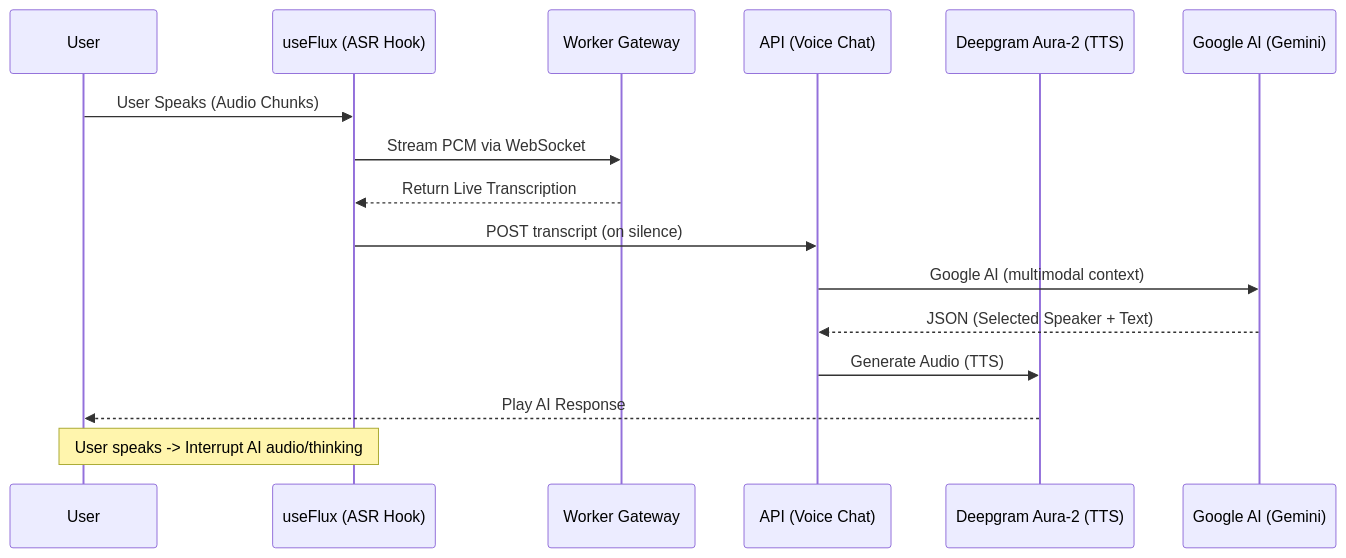
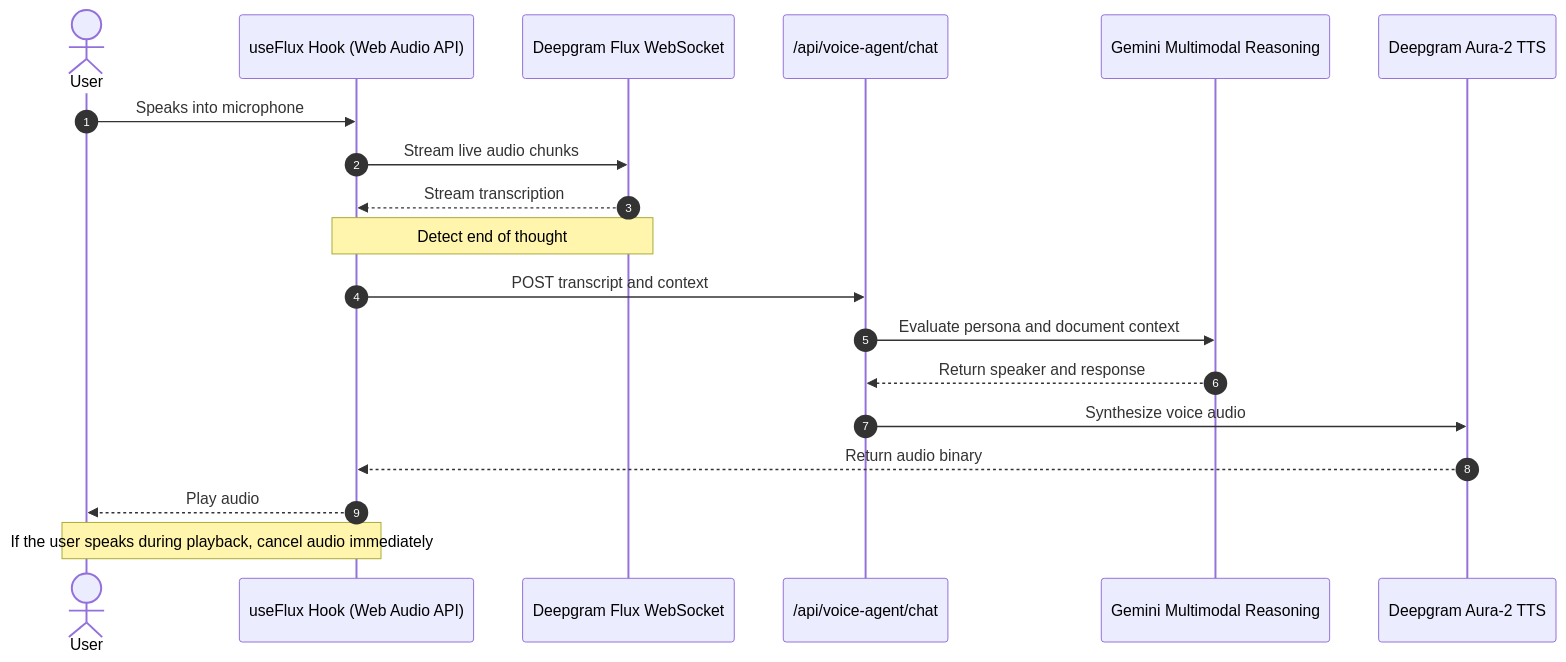
Before and after one commit to shakibweg/infera-notebook: the fifth of 6 diagrams in ARCHITECTURE.md, drawn with Mermaid. The commit also changed other lines of this file and 24 other files, not shown here.

````diff
--- a/ARCHITECTURE.md
+++ b/ARCHITECTURE.md
@@ -89,19 +278,22 @@
 ```mermaid
 sequenceDiagram
-    participant U as User
-    participant H as useFlux (ASR Hook)
-    participant W as Worker Gateway
-    participant A as API (Voice Chat)
-    participant T as Deepgram Aura-2 (TTS)
-    participant AI as Google AI (Gemini)
+    autonumber
+    actor User
+    participant Hook as useFlux Hook (Web Audio API)
+    participant Deepgram as Deepgram Flux WebSocket
+    participant API as /api/voice-agent/chat
+    participant LLM as Gemini Multimodal Reasoning
+    participant TTS as Deepgram Aura-2 TTS
 
-    U->>H: User Speaks (Audio Chunks)
-    H->>W: Stream PCM via WebSocket
-    W-->>H: Return Live Transcription
-    H->>A: POST transcript (on silence)
-    A->>AI: Google AI (multimodal context)
-    AI-->>A: JSON (Selected Speaker + Text)
-    A->>T: Generate Audio (TTS)
-    T-->>U: Play AI Response
-    Note over U,H: User speaks -> Interrupt AI audio/thinking
+    User->>Hook: Speaks into microphone
+    Hook->>Deepgram: Stream live audio chunks
+    Deepgram-->>Hook: Stream transcription
+    Note over Deepgram,Hook: Detect end of thought
+    Hook->>API: POST transcript and context
+    API->>LLM: Evaluate persona and document context
+    LLM-->>API: Return speaker and response
+    API->>TTS: Synthesize voice audio
+    TTS-->>Hook: Return audio binary
+    Hook-->>User: Play audio
+    Note over User,Hook: If the user speaks during playback, cancel audio immediately
 ```
````
